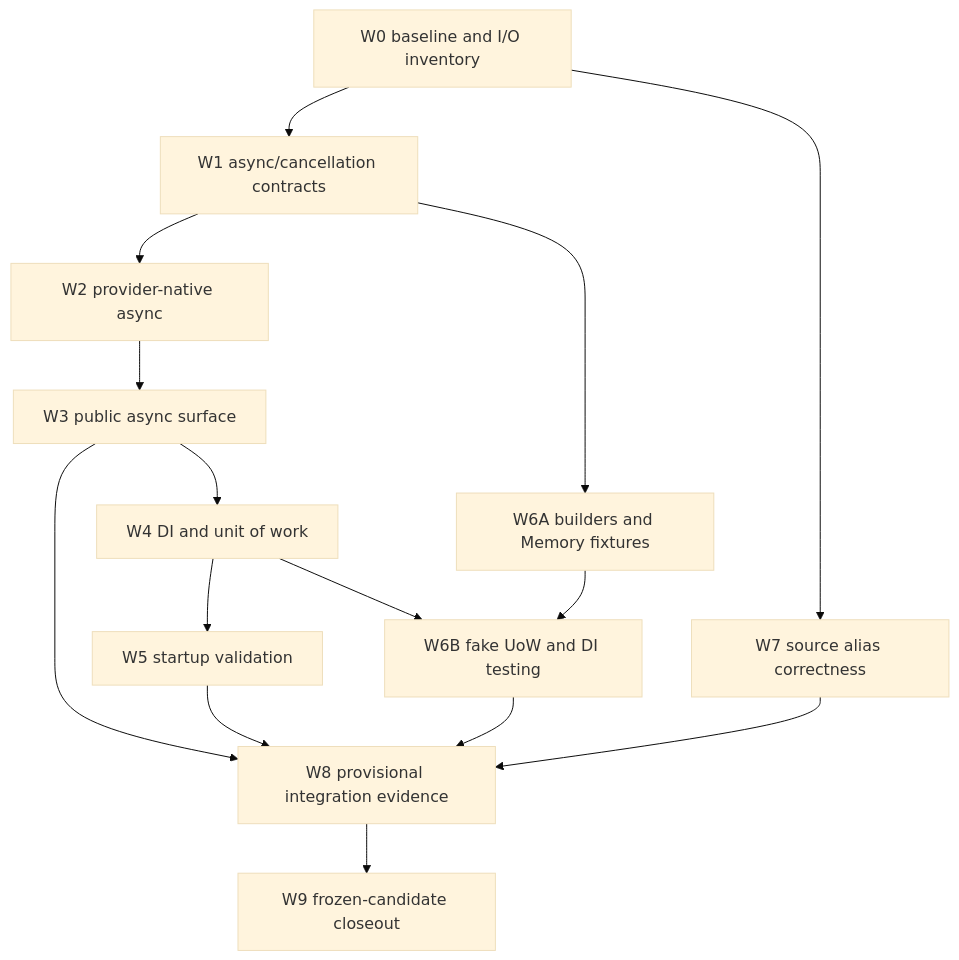
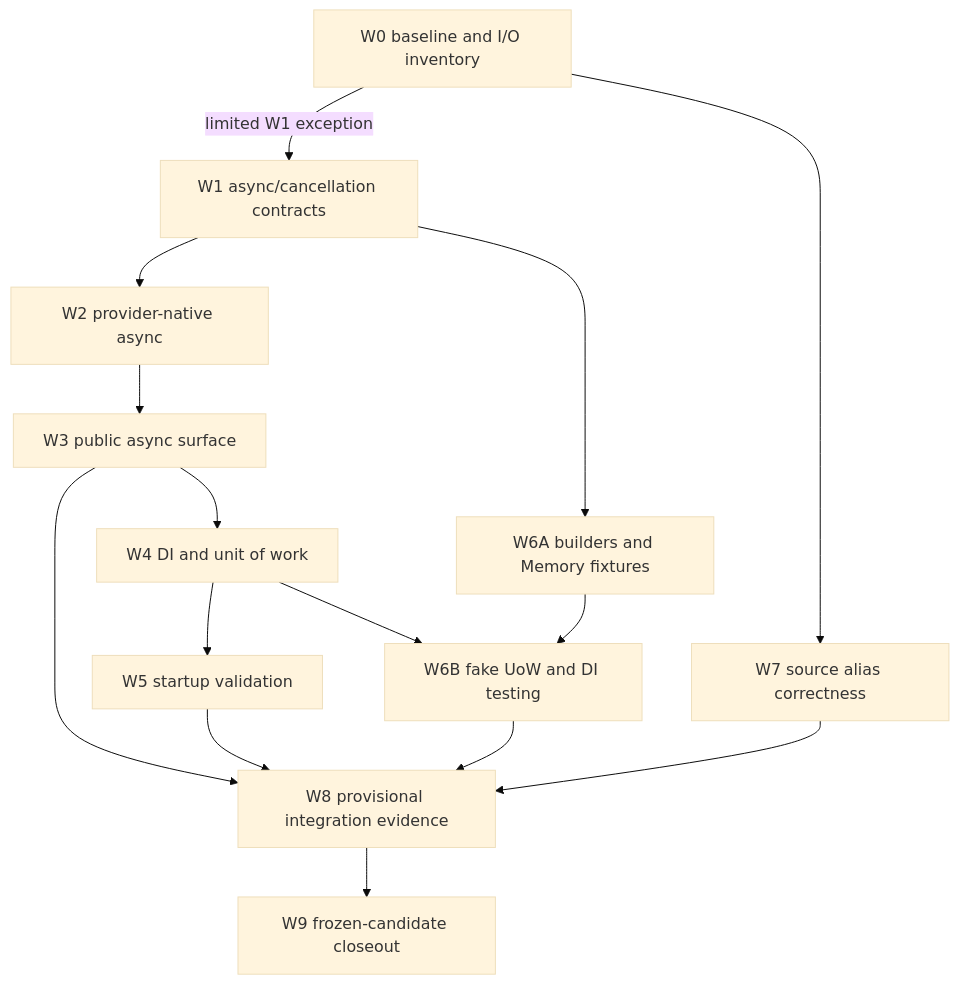
One commit to bazer/DataLinq changed the diagram in docs/dev-plans/roadmap-implementation/v0.10/Implementation Order and Integration Plan.md. Above: the diagram before and after it, drawn with Mermaid (base theme). The commit also changed other lines of this file and 4 other files, not shown here.

````diff
--- a/docs/dev-plans/roadmap-implementation/v0.10/Implementation Order and Integration Plan.md
+++ b/docs/dev-plans/roadmap-implementation/v0.10/Implementation Order and Integration Plan.md
@@ -144,17 +144,17 @@
 ```mermaid
 flowchart TD
-    W0["W0 baseline and I/O inventory"] --> W1["W1 async/cancellation contracts"]
+    W0["W0 baseline and I/O inventory"] -->|limited W1 exception| W1["W1 async/cancellation contracts"]
     W1 --> W2["W2 provider-native async"]
     W2 --> W3["W3 public async surface"]
     W3 --> W4["W4 DI and unit of work"]
     W4 --> W5["W5 startup validation"]
     W4 --> W6B["W6B fake UoW and DI testing"]
     W1 --> W6A["W6A builders and Memory fixtures"]
     W6A --> W6B
     W0 --> W7["W7 source alias correctness"]
     W3 --> W8["W8 provisional integration evidence"]
     W5 --> W8
     W6B --> W8
     W7 --> W8
     W8 --> W9["W9 frozen-candidate closeout"]
 ```
````
